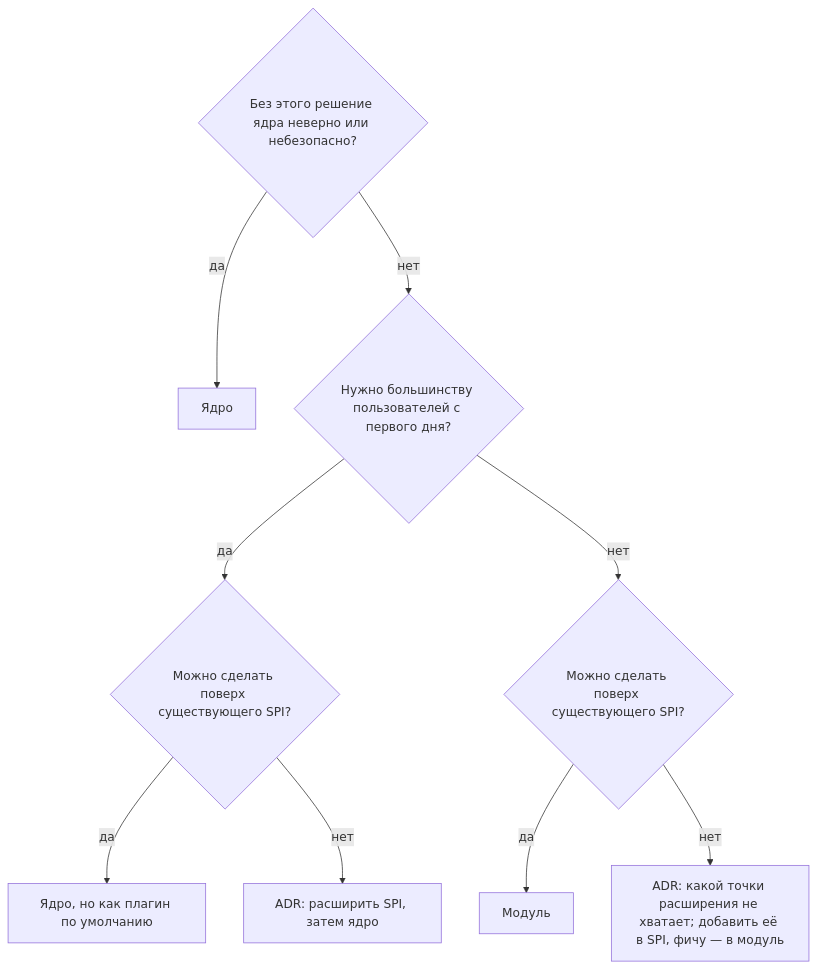
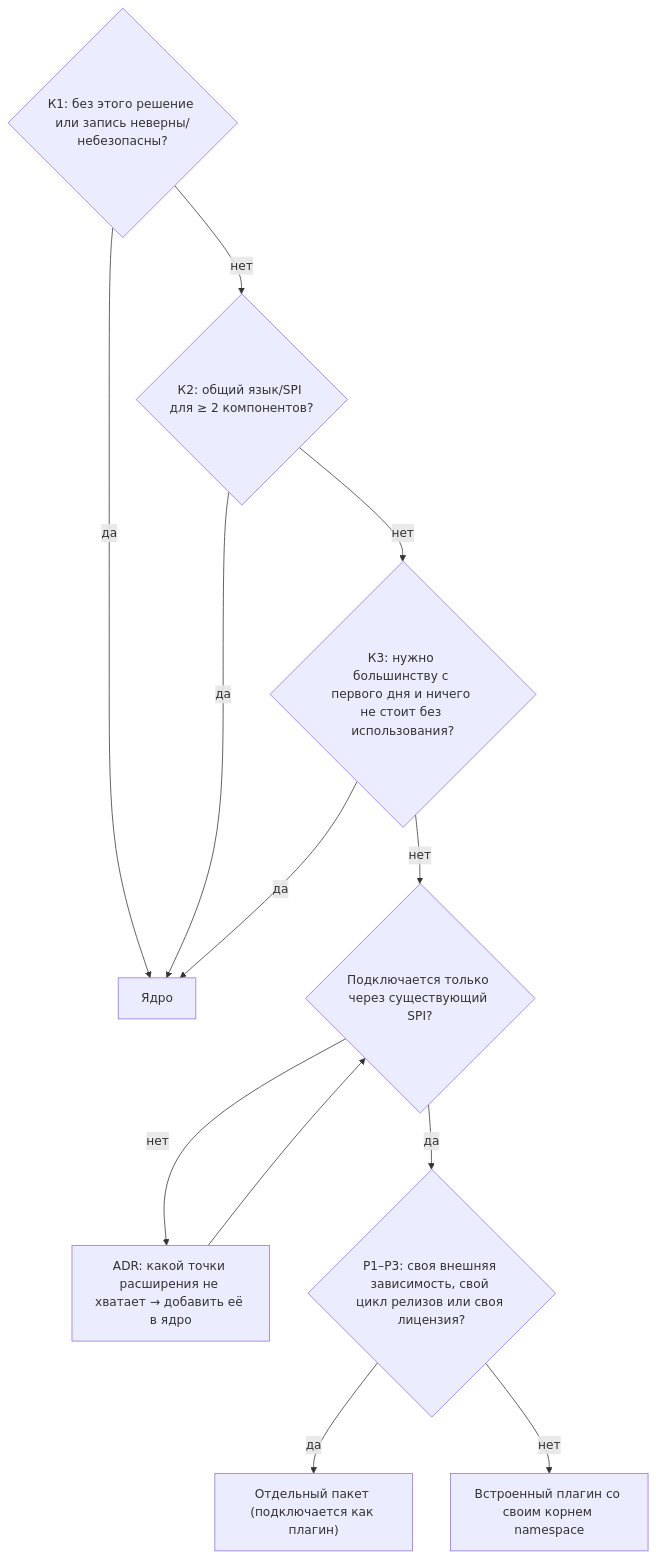
One commit to axiomasoft/azguard-private changed the third of 3 diagrams in audits/2026-10-09-architecture-modularization.md. Above: the diagram before and after it, drawn with Mermaid. The commit also changed other lines of this file, not shown here.

First line of the commit message:
docs(audit): rules follow the core/plugin/package criteria

````diff
--- a/audits/2026-10-09-architecture-modularization.md
+++ b/audits/2026-10-09-architecture-modularization.md
@@ -510,11 +517,13 @@
 ```mermaid
 flowchart TD
-  Q1{"Без этого решение ядра неверно или небезопасно?"} -- да --> CORE["Ядро"]
-  Q1 -- нет --> Q2{"Нужно большинству пользователей с первого дня?"}
-  Q2 -- да --> Q3{"Можно сделать поверх существующего SPI?"}
-  Q2 -- нет --> Q4{"Можно сделать поверх существующего SPI?"}
-  Q3 -- да --> CORE2["Ядро, но как плагин по умолчанию"]
-  Q3 -- нет --> ADR["ADR: расширить SPI, затем ядро"]
-  Q4 -- да --> MOD["Модуль"]
-  Q4 -- нет --> ADR2["ADR: какой точки расширения не хватает; добавить её в SPI, фичу — в модуль"]
+  K1{"К1: без этого решение или запись неверны/небезопасны?"} -- да --> CORE["Ядро"]
+  K1 -- нет --> K2{"К2: общий язык/SPI для ≥ 2 компонентов?"}
+  K2 -- да --> CORE
+  K2 -- нет --> K3{"К3: нужно большинству с первого дня и ничего не стоит без использования?"}
+  K3 -- да --> CORE
+  K3 -- нет --> SPI{"Подключается только через существующий SPI?"}
+  SPI -- нет --> ADR["ADR: какой точки расширения не хватает → добавить её в ядро"] --> SPI
+  SPI -- да --> R{"Р1–Р3: своя внешняя зависимость, свой цикл релизов или своя лицензия?"}
+  R -- да --> PKG["Отдельный пакет (подключается как плагин)"]
+  R -- нет --> PLUG["Встроенный плагин со своим корнем namespace"]
 ```
````
